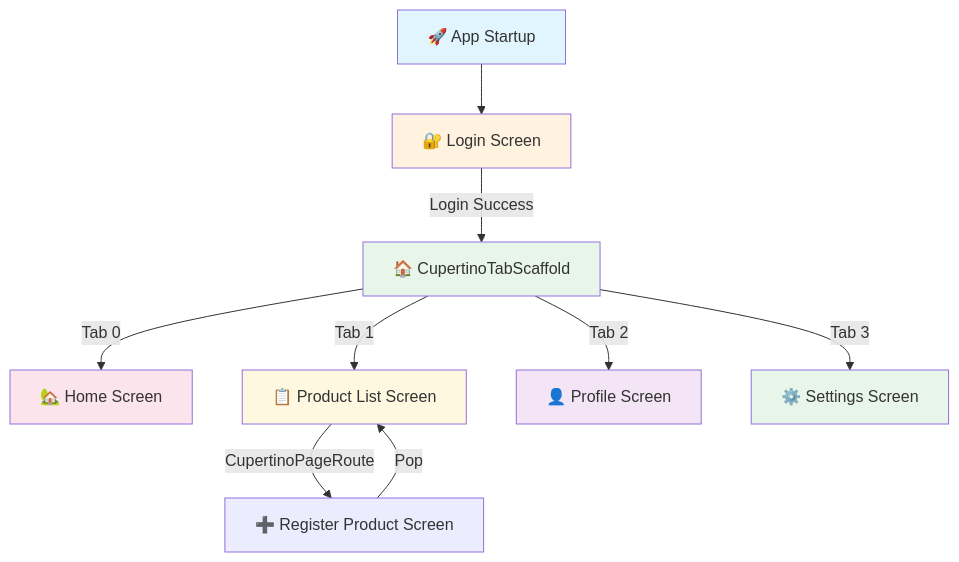
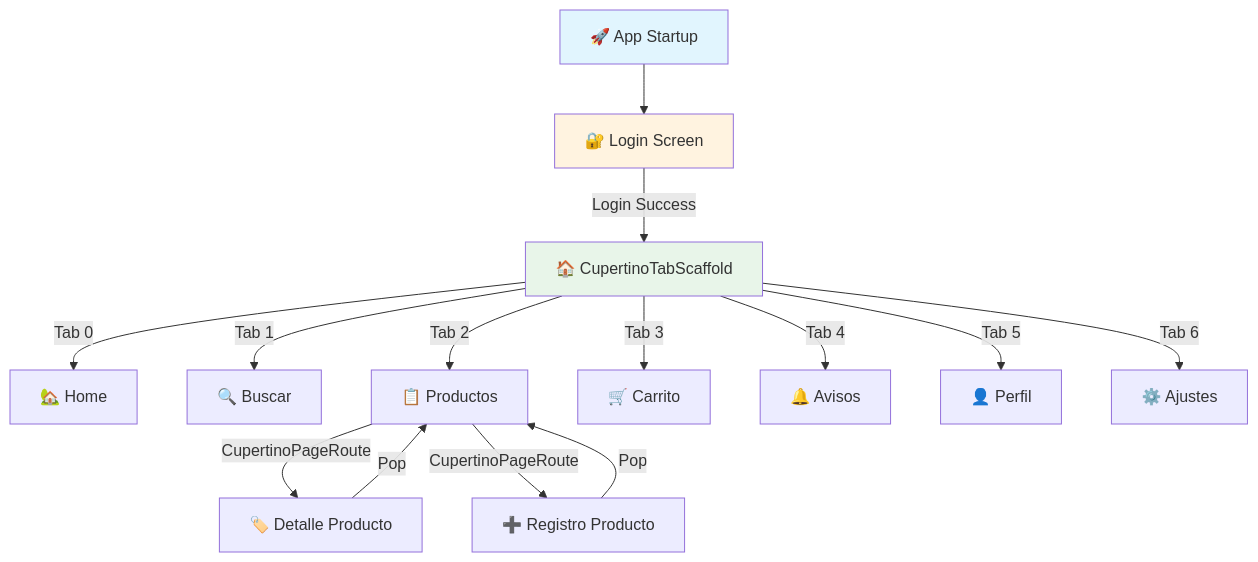
Before and after one commit to rafaelchuco/Tienda-Movil: the second of 3 diagrams in README.md, drawn with Mermaid. The commit also changed other lines of this file and 8 other files, not shown here.

````diff
--- a/README.md
+++ b/README.md
@@ -387,22 +481,23 @@
 ```mermaid
 flowchart TD
     A[🚀 App Startup] --> B[🔐 Login Screen]
     
     B --> |Login Success| C[🏠 CupertinoTabScaffold]
     
-    C --> |Tab 0| D[🏡 Home Screen]
-    C --> |Tab 1| E[📋 Product List Screen]
-    C --> |Tab 2| F[👤 Profile Screen]
-    C --> |Tab 3| G[⚙️ Settings Screen]
+    C --> |Tab 0| D[🏡 Home]
+    C --> |Tab 1| E[🔍 Buscar]
+    C --> |Tab 2| F[📋 Productos]
+    C --> |Tab 3| G[🛒 Carrito]
+    C --> |Tab 4| H[🔔 Avisos]
+    C --> |Tab 5| I[👤 Perfil]
+    C --> |Tab 6| J[⚙️ Ajustes]
     
-    E --> |CupertinoPageRoute| H[➕ Register Product Screen]
-    H --> |Pop| E
+    F --> |CupertinoPageRoute| K[🏷️ Detalle Producto]
+    F --> |CupertinoPageRoute| L[➕ Registro Producto]
+    K --> |Pop| F
+    L --> |Pop| F
     
     style A fill:#e1f5fe
     style B fill:#fff3e0
     style C fill:#e8f5e9
-    style D fill:#fce4ec
-    style E fill:#fff8e1
-    style F fill:#f3e5f5
-    style G fill:#e8f5e9
 ```
````
